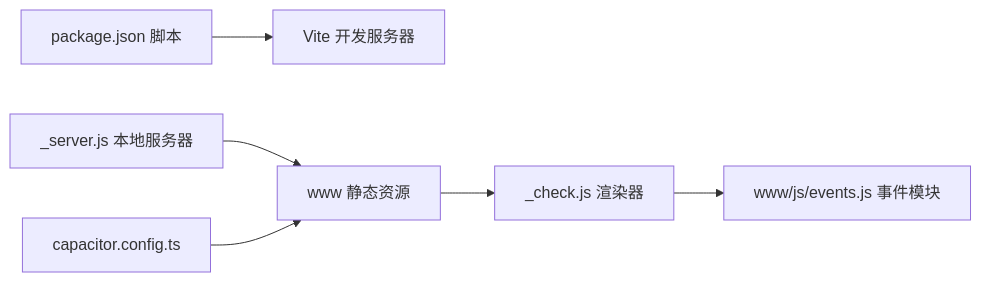
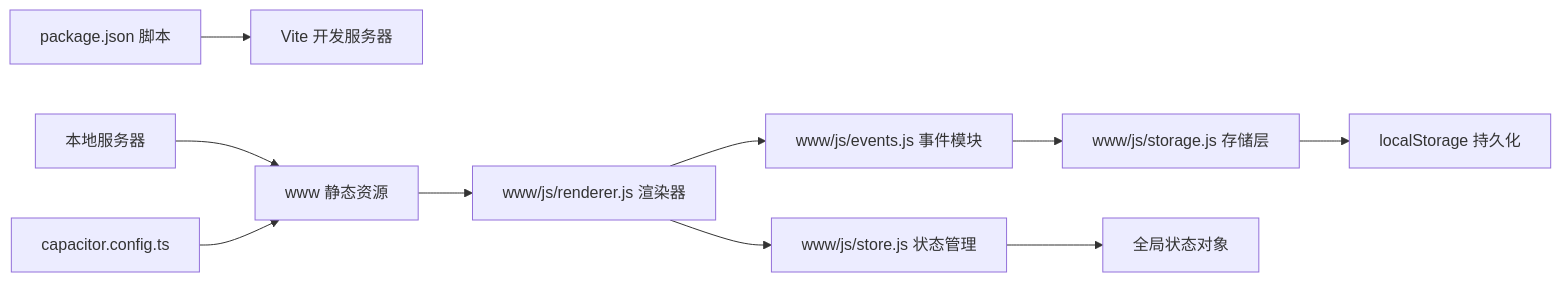
One commit to KAGUYA284/anima-list changed the tenth of 10 diagrams in .qoder/repowiki/zh/content/核心功能模块/用户界面组件.md. Above: the diagram before and after it, drawn with Mermaid. The commit also changed other lines of this file and 17 other files, not shown here.

````diff
--- a/.qoder/repowiki/zh/content/核心功能模块/用户界面组件.md
+++ b/.qoder/repowiki/zh/content/核心功能模块/用户界面组件.md
@@ -297,8 +428,12 @@
 ```mermaid
 graph LR
 P["package.json 脚本"] --> V["Vite 开发服务器"]
-Srv["_server.js 本地服务器"] --> WWW["www 静态资源"]
+Srv["本地服务器"] --> WWW["www 静态资源"]
 Cap["capacitor.config.ts"] --> WWW
-WWW --> Rnd["_check.js 渲染器"]
+WWW --> Rnd["www/js/renderer.js 渲染器"]
 Rnd --> Ev["www/js/events.js 事件模块"]
+Ev --> St["www/js/storage.js 存储层"]
+St --> LS["localStorage 持久化"]
+Rnd --> Store["www/js/store.js 状态管理"]
+Store --> State["全局状态对象"]
 ```
````
